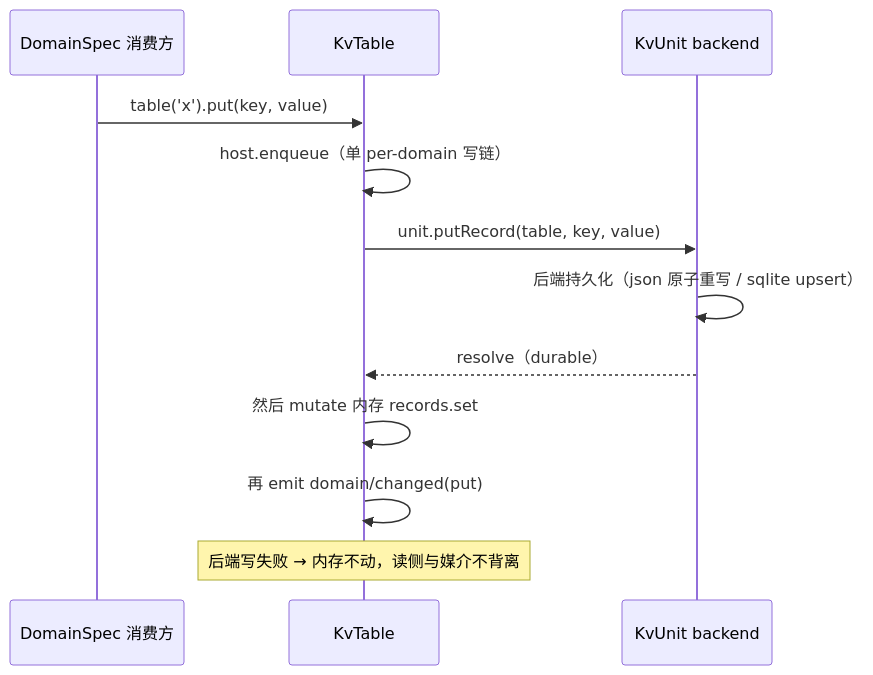
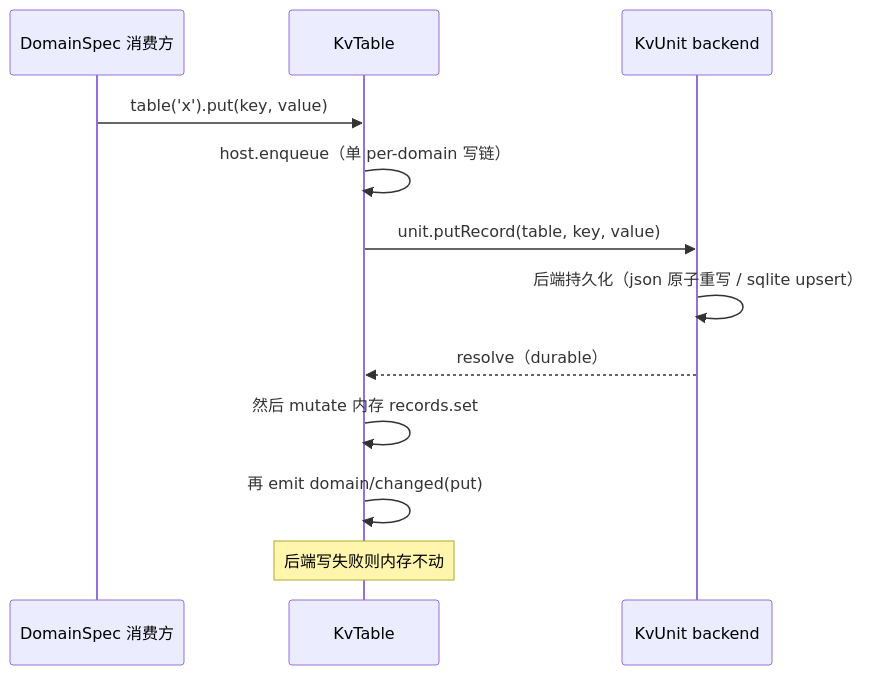
One commit to morehao/oss-insights changed the fifth of 5 diagrams in ai-agent/deepseek-harness/data-model.md. Above: the diagram before and after it, drawn with Mermaid. The commit also changed other lines of this file and 27 other files, not shown here.

````diff
--- a/ai-agent/deepseek-harness/data-model.md
+++ b/ai-agent/deepseek-harness/data-model.md
@@ -321,15 +491,14 @@
 ```mermaid
 sequenceDiagram
     participant D as DomainSpec 消费方
     participant T as KvTable
     participant B as KvUnit backend
-
     D->>T: table('x').put(key, value)
     T->>T: host.enqueue（单 per-domain 写链）
     T->>B: unit.putRecord(table, key, value)
     B->>B: 后端持久化（json 原子重写 / sqlite upsert）
     B-->>T: resolve（durable）
     T->>T: 然后 mutate 内存 records.set
     T->>T: 再 emit domain/changed(put)
-    Note over T: 后端写失败 → 内存不动，读侧与媒介不背离
+    Note over T: 后端写失败则内存不动
 ```
````
